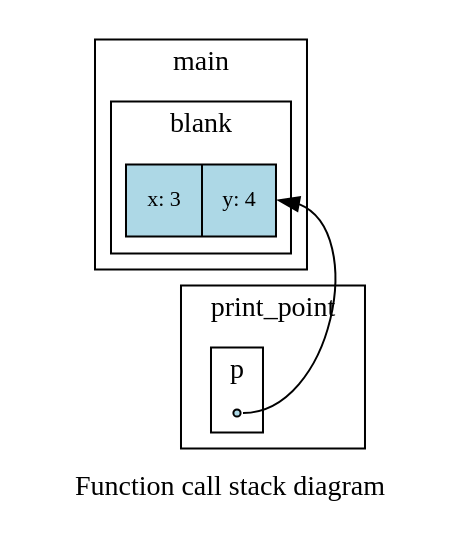
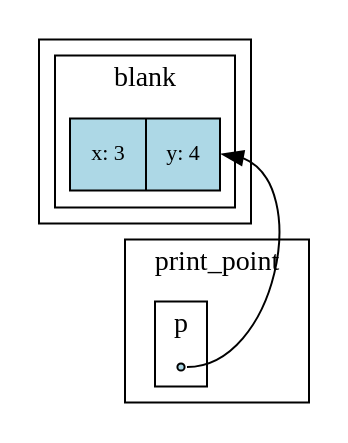
Before and after one commit to DaveParillo/cisc192-reader: the diagram in src/chapter8/pass_by_reference.rst, drawn with Graphviz. The commit also changed other lines of this file and 20 other files, not shown here.

```diff
--- a/src/chapter8/pass_by_reference.rst
+++ b/src/chapter8/pass_by_reference.rst
@@ -84,36 +84,35 @@
 .. digraph:: state
+   :name: fig_pass_by_reference_stack
+   :caption: Function call stack diagram
+   :alt: function call stack diagram
    :align: center
-   :alt: function call stack diagram
 
    graph [compound = true];
    fontname = "Bitstream Vera Sans"
-   label="Function call stack diagram";
-   labelloc=bottom;
    node [
       shape=record
       fontname = "Bitstream Vera Sans"
       fontsize = 11
       style=filled
       fillcolor=lightblue
    ]
 
    subgraph cluster_main {
-      label="main"
       labelloc=top;
       subgraph cluster_0 {
          label="blank"
          main [label="x: 3 | y: 4"]
       }
    }
 
    subgraph cluster_func {
       label="print_point"
       labelloc=top;
       subgraph cluster_1 {
          label="p"
          reflect [shape="point"]
       }
    }
 
    main -> reflect [style=invis]; 
    reflect:e -> main:e;
```
